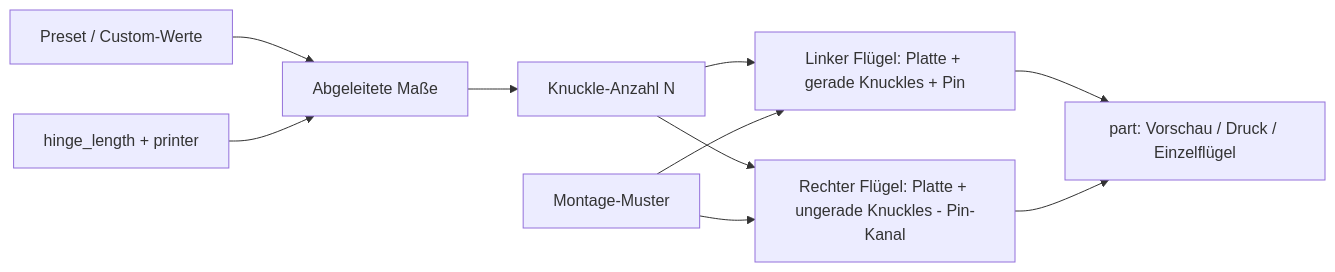
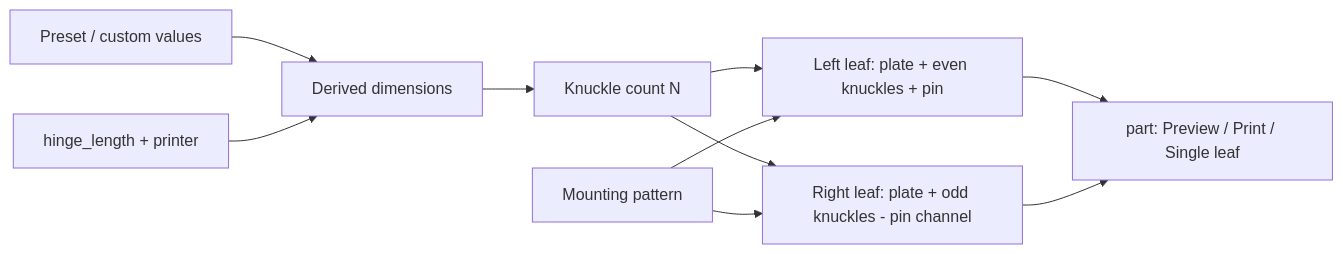
One commit to BetaHydri/parametric-cad-models changed the diagram in models/parametric-hinge-designer/README.md. Above: the diagram before and after it, drawn with Mermaid. The commit also changed other lines of this file and 57 other files, not shown here.

````diff
--- a/models/parametric-hinge-designer/README.md
+++ b/models/parametric-hinge-designer/README.md
@@ -220,12 +223,12 @@
 ```mermaid
 flowchart LR
-    P[Preset / Custom-Werte] --> D[Abgeleitete Maße]
+    P[Preset / custom values] --> D[Derived dimensions]
     L[hinge_length + printer] --> D
-    D --> K[Knuckle-Anzahl N]
-    K --> LL[Linker Flügel: Platte + gerade Knuckles + Pin]
-    K --> RR[Rechter Flügel: Platte + ungerade Knuckles - Pin-Kanal]
-    M[Montage-Muster] --> LL
+    D --> K[Knuckle count N]
+    K --> LL[Left leaf: plate + even knuckles + pin]
+    K --> RR[Right leaf: plate + odd knuckles - pin channel]
+    M[Mounting pattern] --> LL
     M --> RR
-    LL --> O[part: Vorschau / Druck / Einzelflügel]
+    LL --> O[part: Preview / Print / Single leaf]
     RR --> O
 ```
````
